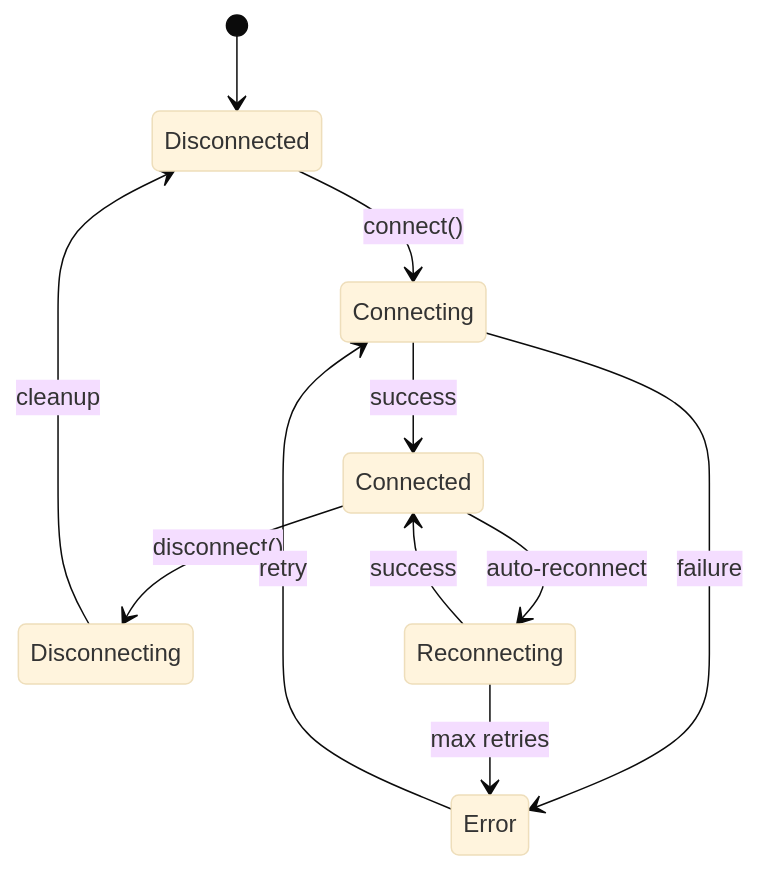
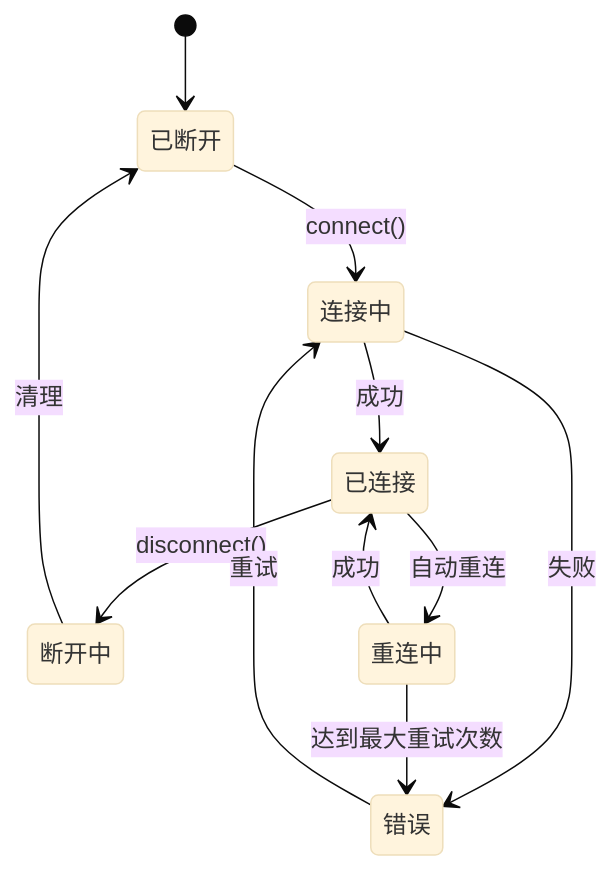
The fourth of 4 diagrams in docs/zh/architecture-book/part-5-channels/01-channel-architecture.md (a576378368/openclaw_docs), drawn with Mermaid (base theme) before and after one commit. The commit also changed other lines of this file and 13 other files, not shown here.

````diff
--- a/docs/zh/architecture-book/part-5-channels/01-channel-architecture.md
+++ b/docs/zh/architecture-book/part-5-channels/01-channel-architecture.md
@@ -296,13 +296,13 @@
 ```mermaid
 stateDiagram-v2
-    [*] --> Disconnected
-    Disconnected --> Connecting: connect()
-    Connecting --> Connected: success
-    Connecting --> Error: failure
-    Connected --> Disconnecting: disconnect()
-    Connected --> Reconnecting: auto-reconnect
-    Error --> Connecting: retry
-    Reconnecting --> Connected: success
-    Reconnecting --> Error: max retries
-    Disconnecting --> Disconnected: cleanup
+    [*] --> 已断开
+    已断开 --> 连接中: connect()
+    连接中 --> 已连接: 成功
+    连接中 --> 错误: 失败
+    已连接 --> 断开中: disconnect()
+    已连接 --> 重连中: 自动重连
+    错误 --> 连接中: 重试
+    重连中 --> 已连接: 成功
+    重连中 --> 错误: 达到最大重试次数
+    断开中 --> 已断开: 清理
 ```
````
